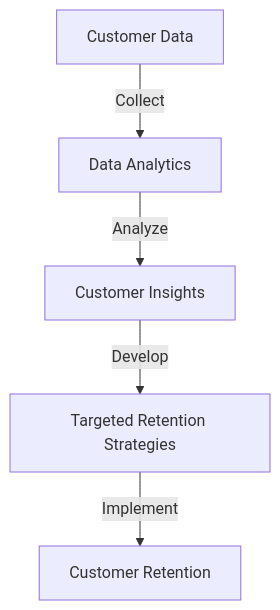
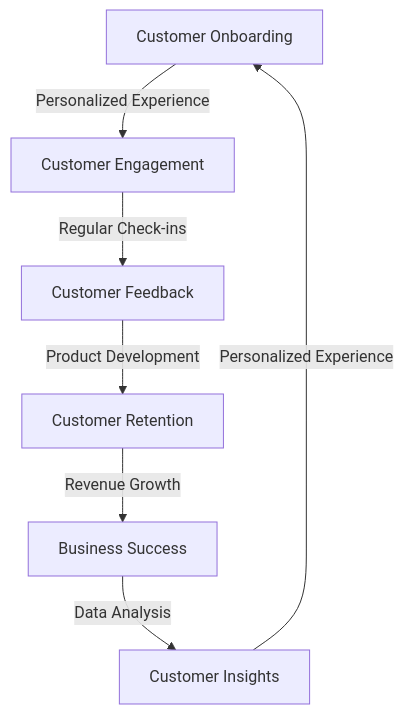
One commit to baaghinitesh/dailly-notes changed the diagram in docs/blogs/Why_SaaS_oriented_Customer_Retention_is_Critical_for_Modern_Products_Part_2.md. Above: the diagram before and after it, drawn with Mermaid. The commit also changed other lines of this file and 5 other files, not shown here.

````diff
--- a/docs/blogs/Why_SaaS_oriented_Customer_Retention_is_Critical_for_Modern_Products_Part_2.md
+++ b/docs/blogs/Why_SaaS_oriented_Customer_Retention_is_Critical_for_Modern_Products_Part_2.md
@@ -19,7 +33,9 @@
 ```mermaid
 flowchart TD
-    A[Customer Data] -->|Collect| B[Data Analytics]
-    B -->|Analyze| C[Customer Insights]
-    C -->|Develop| D[Targeted Retention Strategies]
-    D -->|Implement| E[Customer Retention]
+    A[Customer Onboarding] -->|Personalized Experience| B[Customer Engagement]
+    B -->|Regular Check-ins| C[Customer Feedback]
+    C -->|Product Development| D[Customer Retention]
+    D -->|Revenue Growth| E[Business Success]
+    E -->|Data Analysis| F[Customer Insights]
+    F -->|Personalized Experience| A
 ```
````
